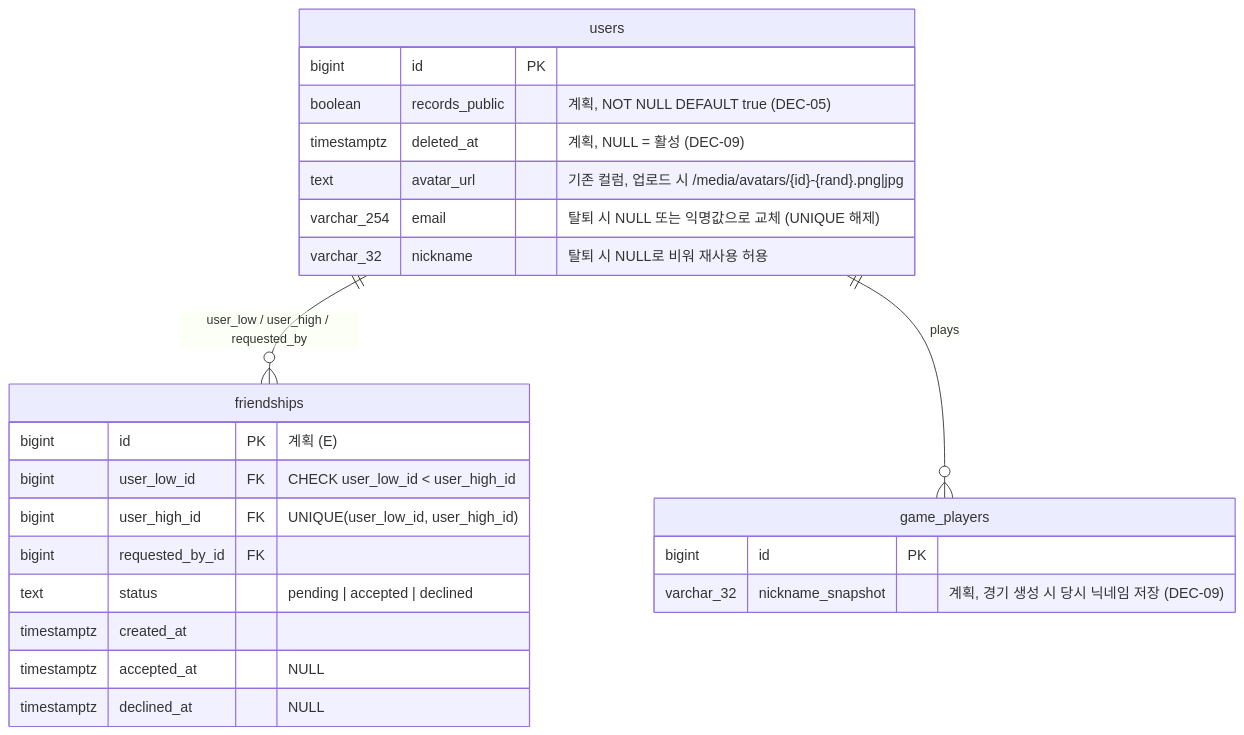
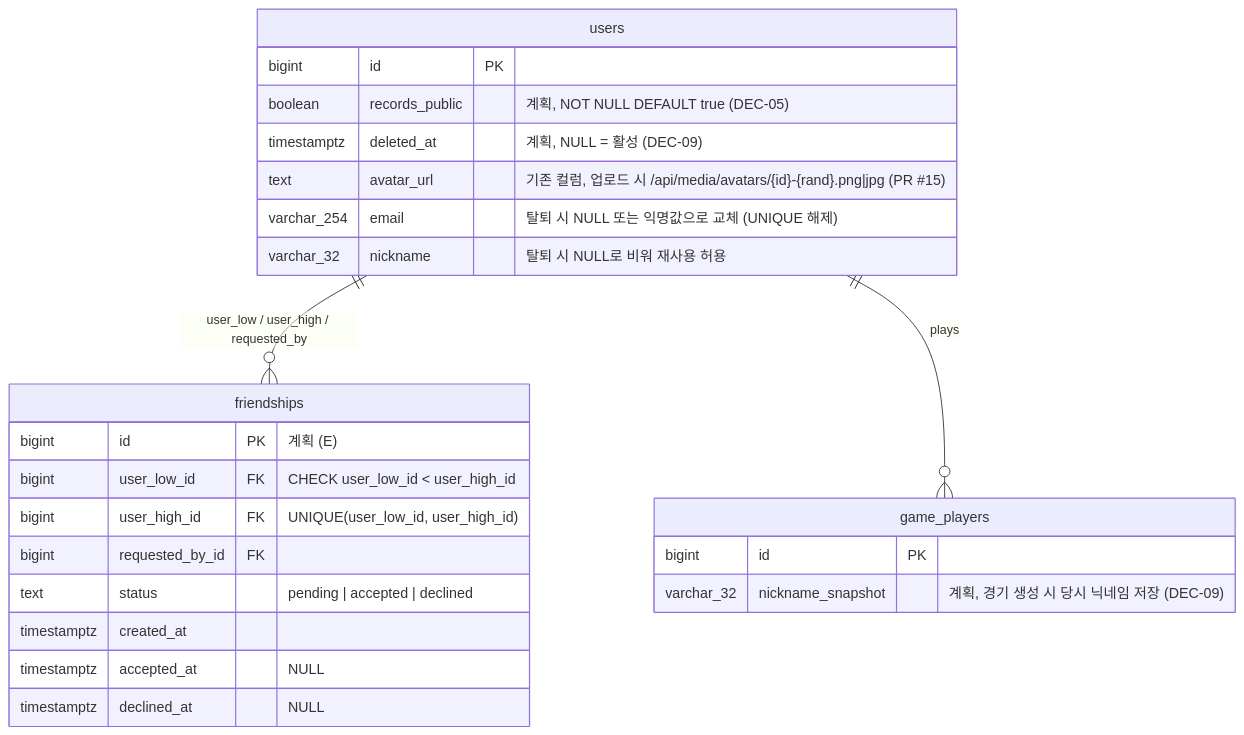
The ninth of 53 diagrams in Document/SDS.md (EscapeFromGyeongsan/ft_transcendence), drawn with Mermaid before and after one commit. The commit also changed other lines of this file, not shown here.

````diff
--- a/Document/SDS.md
+++ b/Document/SDS.md
@@ -737,28 +737,28 @@
 ```mermaid
 erDiagram
     users ||--o{ friendships : "user_low / user_high / requested_by"
     users ||--o{ game_players : "plays"
 
     users {
         bigint id PK
         boolean records_public "계획, NOT NULL DEFAULT true (DEC-05)"
         timestamptz deleted_at "계획, NULL = 활성 (DEC-09)"
-        text avatar_url "기존 컬럼, 업로드 시 /media/avatars/{id}-{rand}.png|jpg"
+        text avatar_url "기존 컬럼, 업로드 시 /api/media/avatars/{id}-{rand}.png|jpg (PR #15)"
         varchar_254 email "탈퇴 시 NULL 또는 익명값으로 교체 (UNIQUE 해제)"
         varchar_32 nickname "탈퇴 시 NULL로 비워 재사용 허용"
     }
     game_players {
         bigint id PK
         varchar_32 nickname_snapshot "계획, 경기 생성 시 당시 닉네임 저장 (DEC-09)"
     }
     friendships {
         bigint id PK "계획 (E)"
         bigint user_low_id FK "CHECK user_low_id < user_high_id"
         bigint user_high_id FK "UNIQUE(user_low_id, user_high_id)"
         bigint requested_by_id FK
         text status "pending | accepted | declined"
         timestamptz created_at
         timestamptz accepted_at "NULL"
         timestamptz declined_at "NULL"
     }
 ```
````
